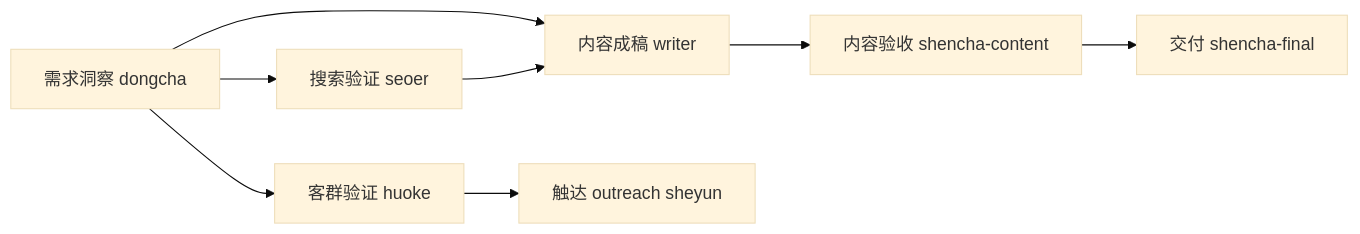
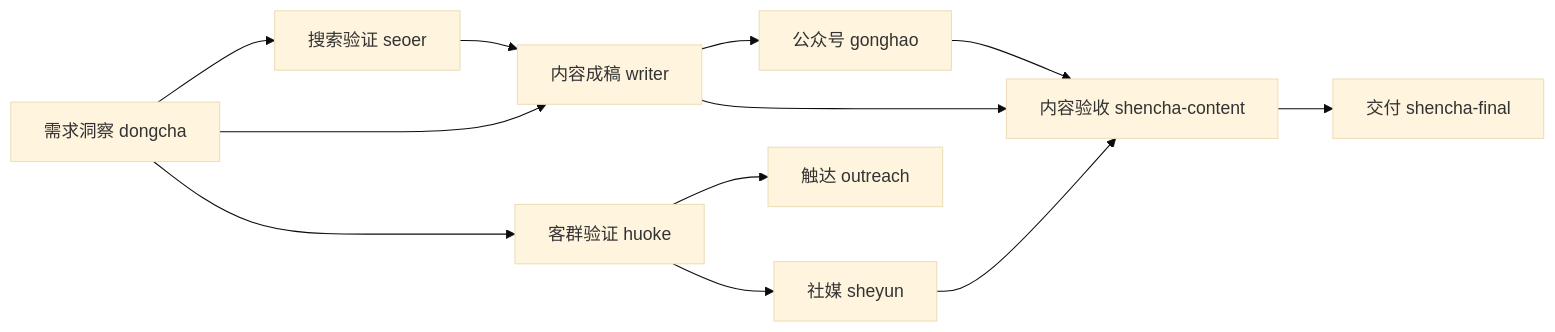
One commit to tony-apan/zcode_skills changed the first of 2 diagrams in README.md. Above: the diagram before and after it, drawn with Mermaid (base theme). The commit also changed other lines of this file and 14 other files, not shown here.

````diff
--- a/README.md
+++ b/README.md
@@ -87,10 +88,14 @@
 ```mermaid
 graph LR
     insight[需求洞察 dongcha] --> search[搜索验证 seoer]
     insight --> draft[内容成稿 writer]
     insight --> lead[客群验证 huoke]
-    lead --> reach[触达 outreach sheyun]
+    lead --> reach[触达 outreach]
+    lead --> social[社媒 sheyun]
     search --> draft
+    draft --> gonghao[公众号 gonghao]
     draft --> review[内容验收 shencha-content]
+    gonghao --> review
+    social --> review
     review --> deliver[交付 shencha-final]
 ```
````
